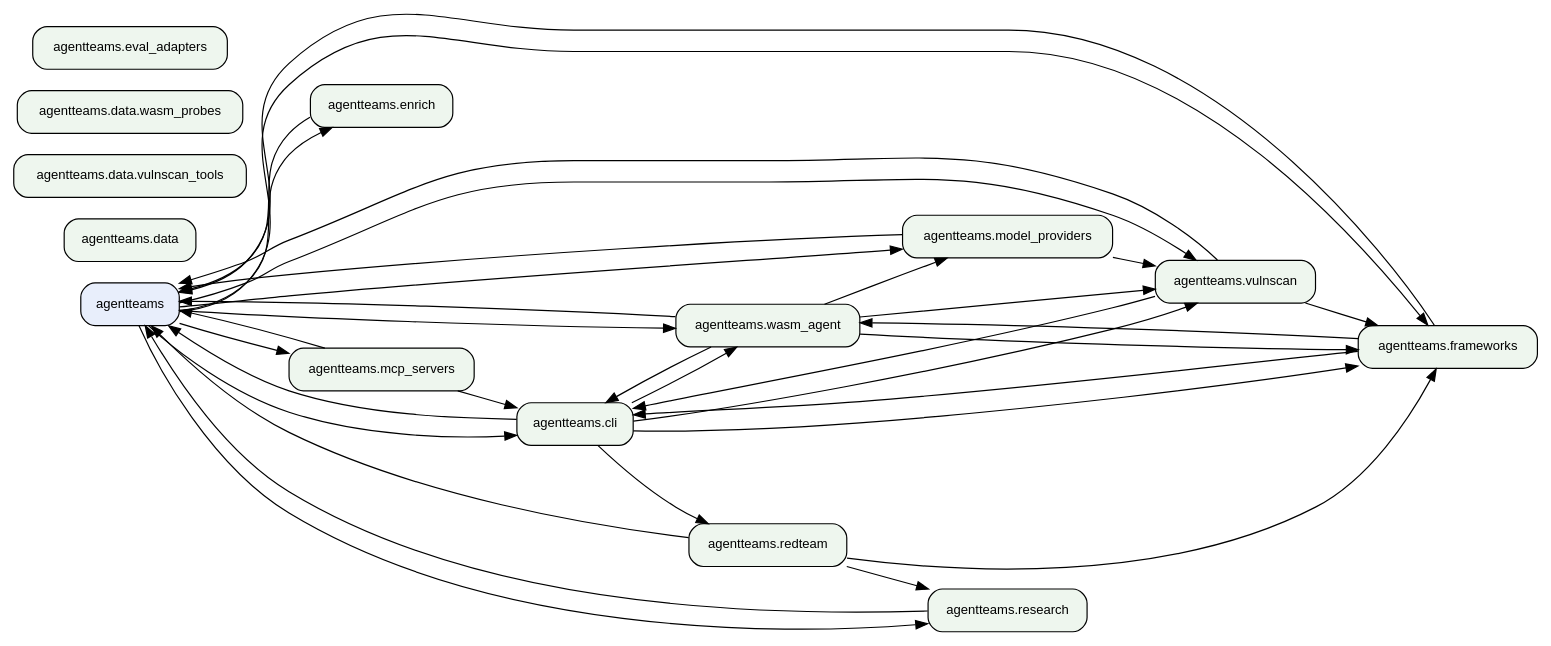
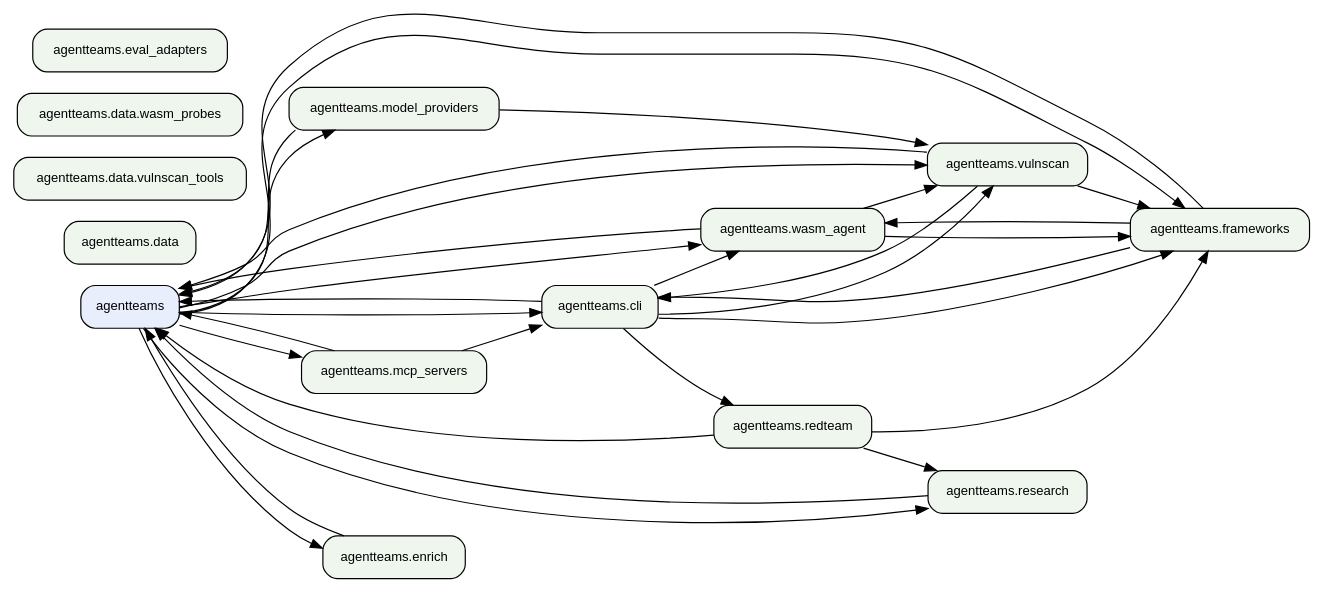
Before and after one commit to jlcatonjr/agentteams: the second of 2 diagrams in references/architecture-graph.md, drawn with Graphviz. The commit also changed other lines of this file and 21 other files, not shown here.

````diff
--- a/references/architecture-graph.md
+++ b/references/architecture-graph.md
@@ -531,54 +530,52 @@
 ```dot
 digraph "agentteams architecture" {
     rankdir=LR;
     node [fontname="Helvetica", fontsize=11, shape=box, style="rounded,filled", fillcolor="#eef6ee"];
     edge [fontsize=9];
     "agentteams" [fillcolor="#e8eefb"];
     "agentteams.cli" [fillcolor="#eef6ee"];
     "agentteams.data" [fillcolor="#eef6ee"];
     "agentteams.data.vulnscan_tools" [fillcolor="#eef6ee"];
     "agentteams.data.wasm_probes" [fillcolor="#eef6ee"];
     "agentteams.enrich" [fillcolor="#eef6ee"];
     "agentteams.eval_adapters" [fillcolor="#eef6ee"];
     "agentteams.frameworks" [fillcolor="#eef6ee"];
     "agentteams.mcp_servers" [fillcolor="#eef6ee"];
     "agentteams.model_providers" [fillcolor="#eef6ee"];
     "agentteams.redteam" [fillcolor="#eef6ee"];
     "agentteams.research" [fillcolor="#eef6ee"];
     "agentteams.vulnscan" [fillcolor="#eef6ee"];
     "agentteams.wasm_agent" [fillcolor="#eef6ee"];
     "agentteams" -> "agentteams.cli";
     "agentteams" -> "agentteams.enrich";
     "agentteams" -> "agentteams.frameworks";
     "agentteams" -> "agentteams.mcp_servers";
     "agentteams" -> "agentteams.model_providers";
     "agentteams" -> "agentteams.research";
     "agentteams" -> "agentteams.vulnscan";
     "agentteams" -> "agentteams.wasm_agent";
     "agentteams.cli" -> "agentteams";
     "agentteams.cli" -> "agentteams.frameworks";
     "agentteams.cli" -> "agentteams.redteam";
     "agentteams.cli" -> "agentteams.vulnscan";
     "agentteams.cli" -> "agentteams.wasm_agent";
     "agentteams.enrich" -> "agentteams";
     "agentteams.frameworks" -> "agentteams";
     "agentteams.frameworks" -> "agentteams.cli";
     "agentteams.frameworks" -> "agentteams.wasm_agent";
     "agentteams.mcp_servers" -> "agentteams";
     "agentteams.mcp_servers" -> "agentteams.cli";
     "agentteams.model_providers" -> "agentteams";
     "agentteams.model_providers" -> "agentteams.vulnscan";
     "agentteams.redteam" -> "agentteams";
     "agentteams.redteam" -> "agentteams.frameworks";
     "agentteams.redteam" -> "agentteams.research";
     "agentteams.research" -> "agentteams";
     "agentteams.vulnscan" -> "agentteams";
     "agentteams.vulnscan" -> "agentteams.cli";
     "agentteams.vulnscan" -> "agentteams.frameworks";
     "agentteams.wasm_agent" -> "agentteams";
-    "agentteams.wasm_agent" -> "agentteams.cli";
     "agentteams.wasm_agent" -> "agentteams.frameworks";
-    "agentteams.wasm_agent" -> "agentteams.model_providers";
     "agentteams.wasm_agent" -> "agentteams.vulnscan";
 }
 ```
````
